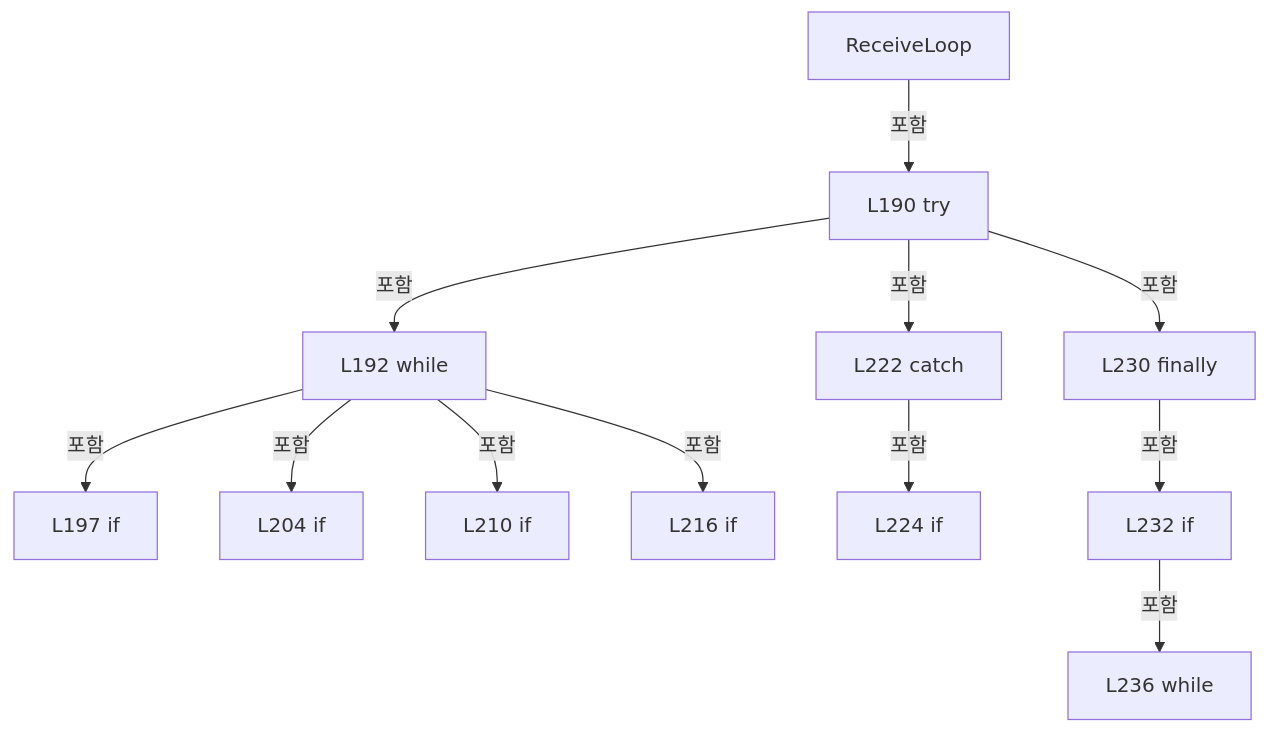
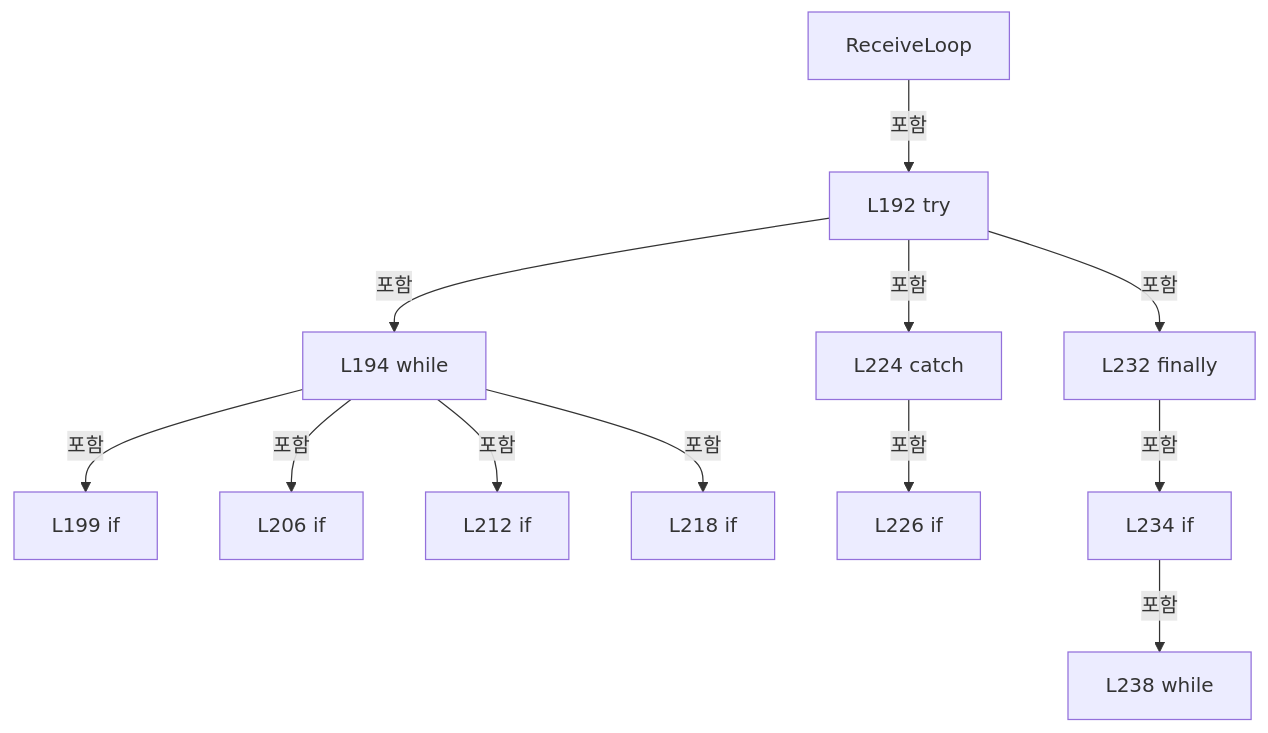
The sixth of 40 diagrams in A3 LD Code Ref/files/Drilling.Common/Interface/Vision/CVisionComm.cs.md (kjuws10-rgb/Shared), drawn with Mermaid before and after one commit. The commit also changed other lines of this file and 2071 other files, not shown here.

Commit message:
docs(a3): update 11.19.0 architecture and code reference

````diff
--- a/A3 LD Code Ref/files/Drilling.Common/Interface/Vision/CVisionComm.cs.md
+++ b/A3 LD Code Ref/files/Drilling.Common/Interface/Vision/CVisionComm.cs.md
@@ -1091,26 +1091,26 @@
 ```mermaid
 flowchart TD
  M["ReceiveLoop"]
- N0["L190 try"]
+ N0["L192 try"]
  M -->|포함| N0
- N1["L192 while"]
+ N1["L194 while"]
  N0 -->|포함| N1
- N2["L197 if"]
+ N2["L199 if"]
  N1 -->|포함| N2
- N3["L204 if"]
+ N3["L206 if"]
  N1 -->|포함| N3
- N4["L210 if"]
+ N4["L212 if"]
  N1 -->|포함| N4
- N5["L216 if"]
+ N5["L218 if"]
  N1 -->|포함| N5
- N6["L222 catch"]
+ N6["L224 catch"]
  N0 -->|포함| N6
- N7["L224 if"]
+ N7["L226 if"]
  N6 -->|포함| N7
- N8["L230 finally"]
+ N8["L232 finally"]
  N0 -->|포함| N8
- N9["L232 if"]
+ N9["L234 if"]
  N8 -->|포함| N9
- N10["L236 while"]
+ N10["L238 while"]
  N9 -->|포함| N10
 ```
````
